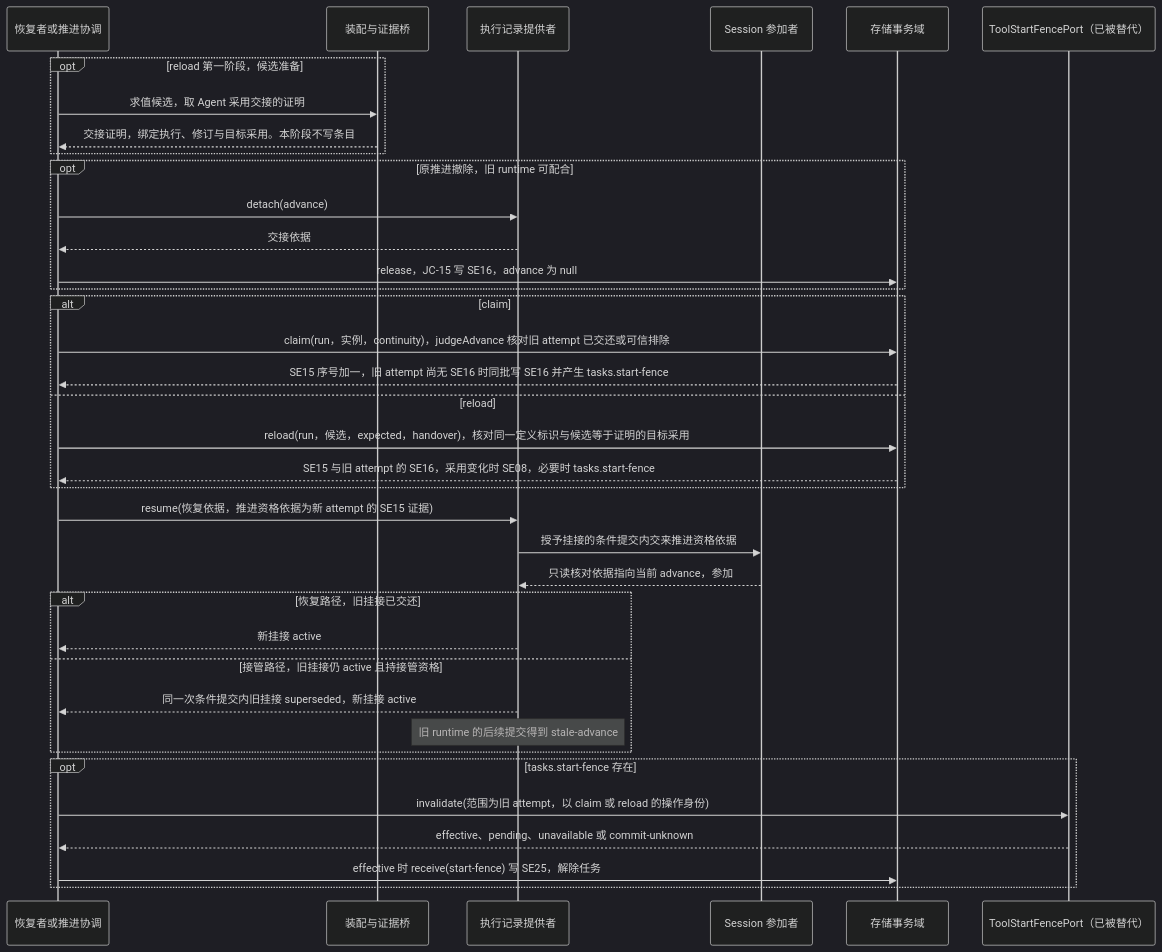
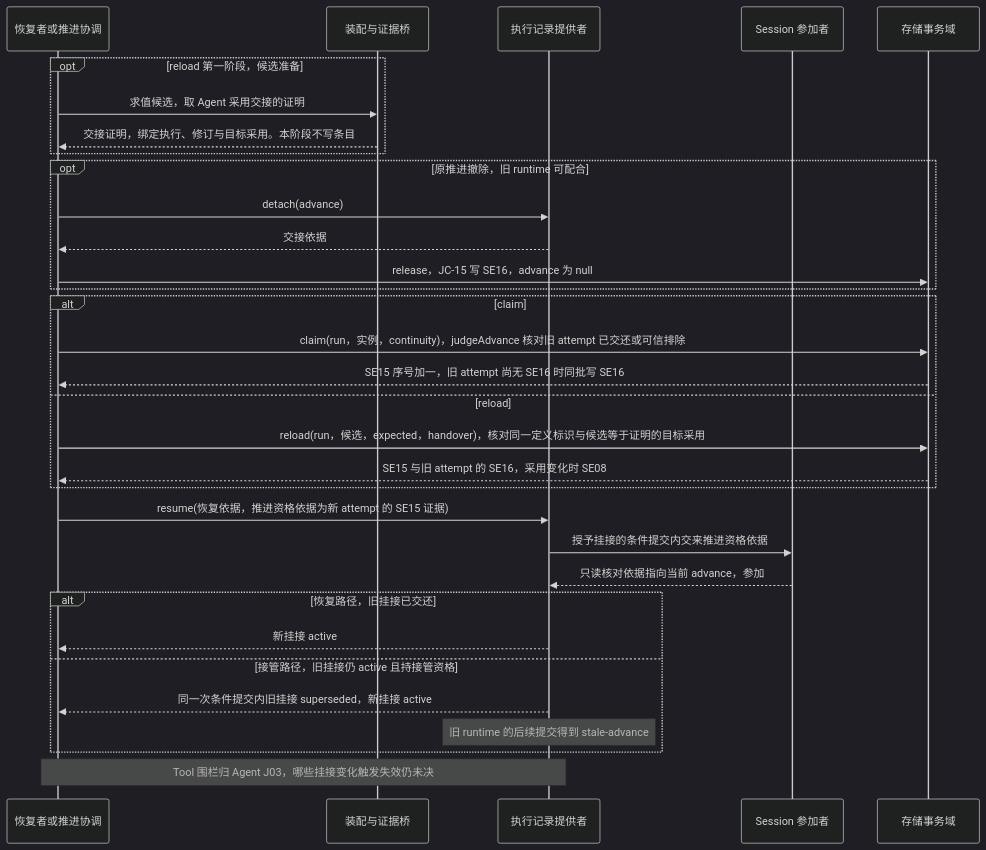
One commit to nemori-ai/omne-harness-lite changed the eighth of 15 diagrams in packages/session/session-contract/docs/flows/scenarios.md. Above: the diagram before and after it, drawn with Mermaid (dark theme). The commit also changed other lines of this file and 44 other files, not shown here.

````diff
--- a/packages/session/session-contract/docs/flows/scenarios.md
+++ b/packages/session/session-contract/docs/flows/scenarios.md
@@ -406,39 +368,34 @@
 ```mermaid
 sequenceDiagram
     participant R as 恢复者或推进协调
     participant G as 装配与证据桥
     participant J as 执行记录提供者
     participant S as Session 参加者
     participant D as 存储事务域
-    participant T as ToolStartFencePort（已被替代）
     opt reload 第一阶段，候选准备
         R->>G: 求值候选，取 Agent 采用交接的证明
         G-->>R: 交接证明，绑定执行、修订与目标采用。本阶段不写条目
     end
     opt 原推进撤除，旧 runtime 可配合
         R->>J: detach(advance)
         J-->>R: 交接依据
         R->>D: release，JC-15 写 SE16，advance 为 null
     end
     alt claim
         R->>D: claim(run，实例，continuity)，judgeAdvance 核对旧 attempt 已交还或可信排除
-        D-->>R: SE15 序号加一，旧 attempt 尚无 SE16 时同批写 SE16 并产生 tasks.start-fence
+        D-->>R: SE15 序号加一，旧 attempt 尚无 SE16 时同批写 SE16
     else reload
         R->>D: reload(run，候选，expected，handover)，核对同一定义标识与候选等于证明的目标采用
-        D-->>R: SE15 与旧 attempt 的 SE16，采用变化时 SE08，必要时 tasks.start-fence
+        D-->>R: SE15 与旧 attempt 的 SE16，采用变化时 SE08
     end
     R->>J: resume(恢复依据，推进资格依据为新 attempt 的 SE15 证据)
     J->>S: 授予挂接的条件提交内交来推进资格依据
     S-->>J: 只读核对依据指向当前 advance，参加
     alt 恢复路径，旧挂接已交还
         J-->>R: 新挂接 active
     else 接管路径，旧挂接仍 active 且持接管资格
         J-->>R: 同一次条件提交内旧挂接 superseded，新挂接 active
         Note over J: 旧 runtime 的后续提交得到 stale-advance
     end
-    opt tasks.start-fence 存在
-        R->>T: invalidate(范围为旧 attempt，以 claim 或 reload 的操作身份)
-        T-->>R: effective、pending、unavailable 或 commit-unknown
-        R->>D: effective 时 receive(start-fence) 写 SE25，解除任务
-    end
+    Note over R,J: Tool 围栏归 Agent J03，哪些挂接变化触发失效仍未决
 ```
````
